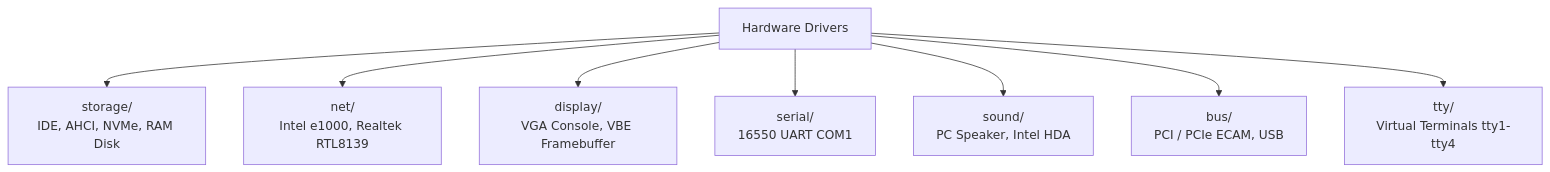
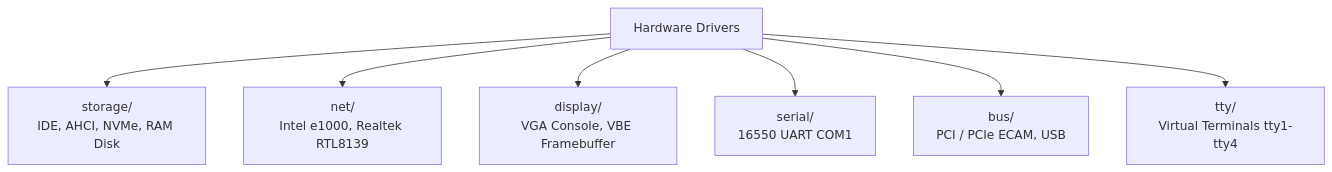
Before and after one commit to mrvlous/keira: the diagram in docs/drivers/README.md, drawn with Mermaid. The commit also changed other lines of this file and 28 other files, not shown here.

````diff
--- a/docs/drivers/README.md
+++ b/docs/drivers/README.md
@@ -11,10 +11,9 @@
 ```mermaid
 graph TD
     Drivers["Hardware Drivers"] --> Storage["storage/<br/>IDE, AHCI, NVMe, RAM Disk"]
     Drivers --> Net["net/<br/>Intel e1000, Realtek RTL8139"]
     Drivers --> Display["display/<br/>VGA Console, VBE Framebuffer"]
     Drivers --> Serial["serial/<br/>16550 UART COM1"]
-    Drivers --> Sound["sound/<br/>PC Speaker, Intel HDA"]
     Drivers --> Bus["bus/<br/>PCI / PCIe ECAM, USB"]
     Drivers --> TTY["tty/<br/>Virtual Terminals tty1-tty4"]
 ```
````
